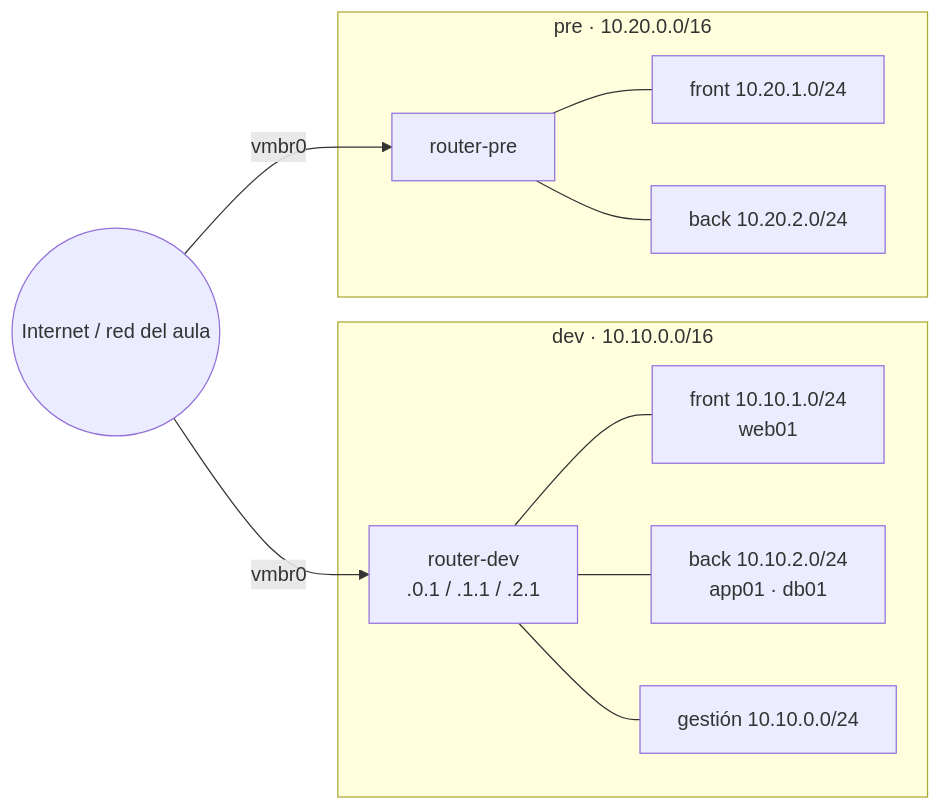
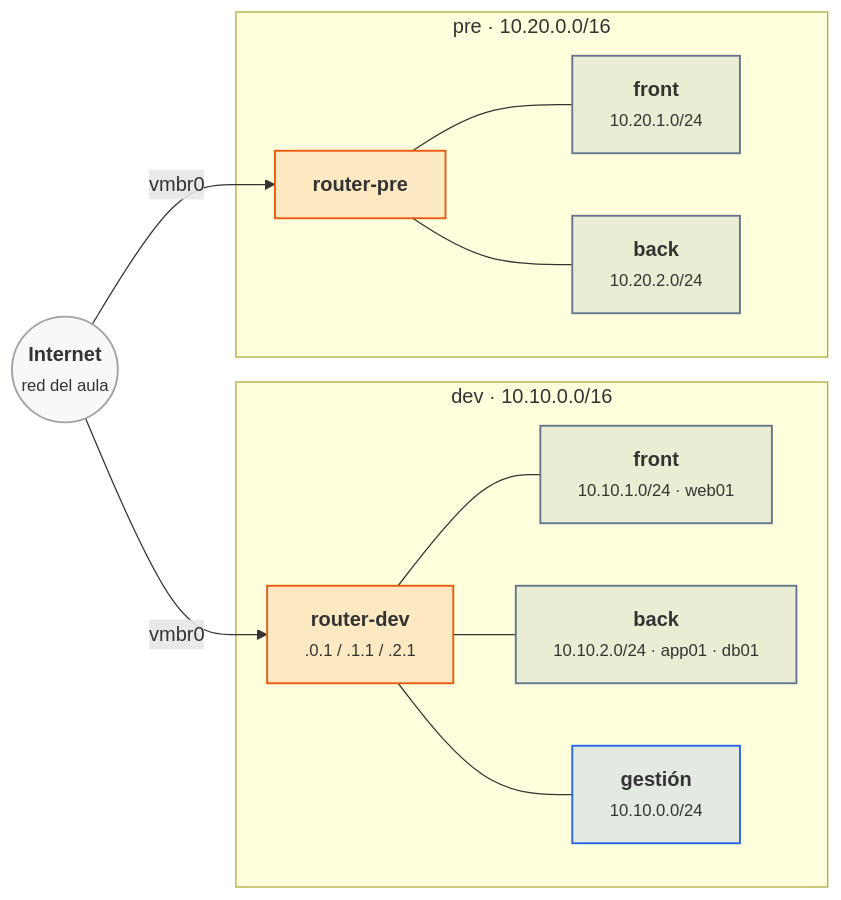
Before and after one commit to victor-educ/apuntes-5166: the second of 9 diagrams in docs/ut/ut2-vpc.md, drawn with Mermaid. The commit also changed other lines of this file and 12 other files, not shown here.

First line of the commit message:
Temporalización definitiva, gramática visual y diagramas en todas las unidades

````diff
--- a/docs/ut/ut2-vpc.md
+++ b/docs/ut/ut2-vpc.md
@@ -163,22 +199,28 @@
 ```mermaid
 flowchart LR
-    INET((Internet / red del aula))
+    INET(("<b>Internet</b><br><small>red del aula</small>")):::infra
     subgraph DEV["dev · 10.10.0.0/16"]
-        RDEV[router-dev<br/>.0.1 / .1.1 / .2.1]
-        FDEV[front 10.10.1.0/24<br/>web01]
-        BDEV[back 10.10.2.0/24<br/>app01 · db01]
-        MDEV[gestión 10.10.0.0/24]
+        RDEV["<b>router-dev</b><br><small>.0.1 / .1.1 / .2.1</small>"]:::act
+        FDEV["<b>front</b><br><small>10.10.1.0/24 · web01</small>"]:::pieza
+        BDEV["<b>back</b><br><small>10.10.2.0/24 · app01 · db01</small>"]:::pieza
+        MDEV["<b>gestión</b><br><small>10.10.0.0/24</small>"]:::dato
         RDEV --- FDEV
         RDEV --- BDEV
         RDEV --- MDEV
     end
     subgraph PRE["pre · 10.20.0.0/16"]
-        RPRE[router-pre]
-        FPRE[front 10.20.1.0/24]
-        BPRE[back 10.20.2.0/24]
+        RPRE["<b>router-pre</b>"]:::act
+        FPRE["<b>front</b><br><small>10.20.1.0/24</small>"]:::pieza
+        BPRE["<b>back</b><br><small>10.20.2.0/24</small>"]:::pieza
         RPRE --- FPRE
         RPRE --- BPRE
     end
     INET -- vmbr0 --> RDEV
     INET -- vmbr0 --> RPRE
+    classDef act fill:#ea580c22,stroke:#ea580c,stroke-width:1.5px
+    classDef pieza fill:#64748b22,stroke:#64748b,stroke-width:1.5px
+    classDef dato fill:#2563eb22,stroke:#2563eb,stroke-width:1.5px
+    classDef infra fill:#a1a1aa14,stroke:#a1a1aa,stroke-width:1.5px
+    classDef ok fill:#16a34a22,stroke:#16a34a,stroke-width:1.5px
+    classDef riesgo fill:#dc262622,stroke:#dc2626,stroke-width:1.5px
 ```
````
